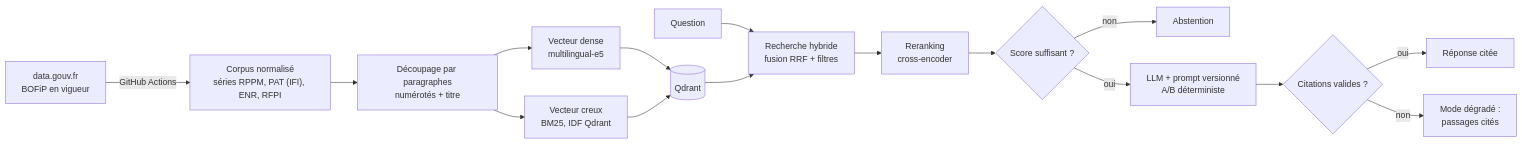
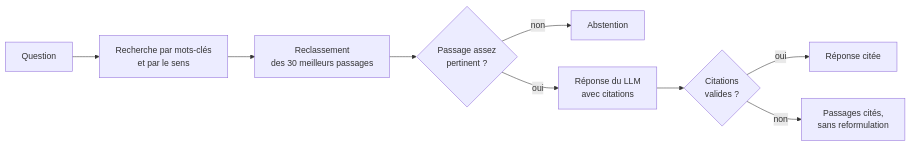
The diagram in README.md (Mael8zinsou/rag-fiscal), drawn with Mermaid before and after one commit. The commit also changed other lines of this file, not shown here.

````diff
--- a/README.md
+++ b/README.md
@@ -38,17 +30,11 @@
 ```mermaid
 flowchart LR
-    A["data.gouv.fr<br/>BOFiP en vigueur"] -->|GitHub Actions| B["Corpus normalisé<br/>séries RPPM, PAT (IFI), ENR, RFPI"]
-    B --> C["Découpage par paragraphes<br/>numérotés + titre"]
-    C --> D["Vecteur dense<br/>multilingual-e5"]
-    C --> E["Vecteur creux<br/>BM25, IDF Qdrant"]
-    D & E --> F[("Qdrant")]
-    Q["Question"] --> G["Recherche hybride<br/>fusion RRF + filtres"]
-    F --> G
-    G --> H["Reranking<br/>cross-encoder"]
-    H --> I{"Score suffisant ?"}
-    I -- non --> X["Abstention"]
-    I -- oui --> J["LLM + prompt versionné<br/>A/B déterministe"]
-    J --> K{"Citations valides ?"}
-    K -- oui --> R["Réponse citée"]
-    K -- non --> M["Mode dégradé :<br/>passages cités"]
+    A["Question"] --> B["Recherche par mots-clés<br/>et par le sens"]
+    B --> C["Reclassement<br/>des 30 meilleurs passages"]
+    C --> D{"Passage assez<br/>pertinent ?"}
+    D -- non --> E["Abstention"]
+    D -- oui --> F["Réponse du LLM<br/>avec citations"]
+    F --> G{"Citations<br/>valides ?"}
+    G -- oui --> H["Réponse citée"]
+    G -- non --> I["Passages cités,<br/>sans reformulation"]
 ```
````
